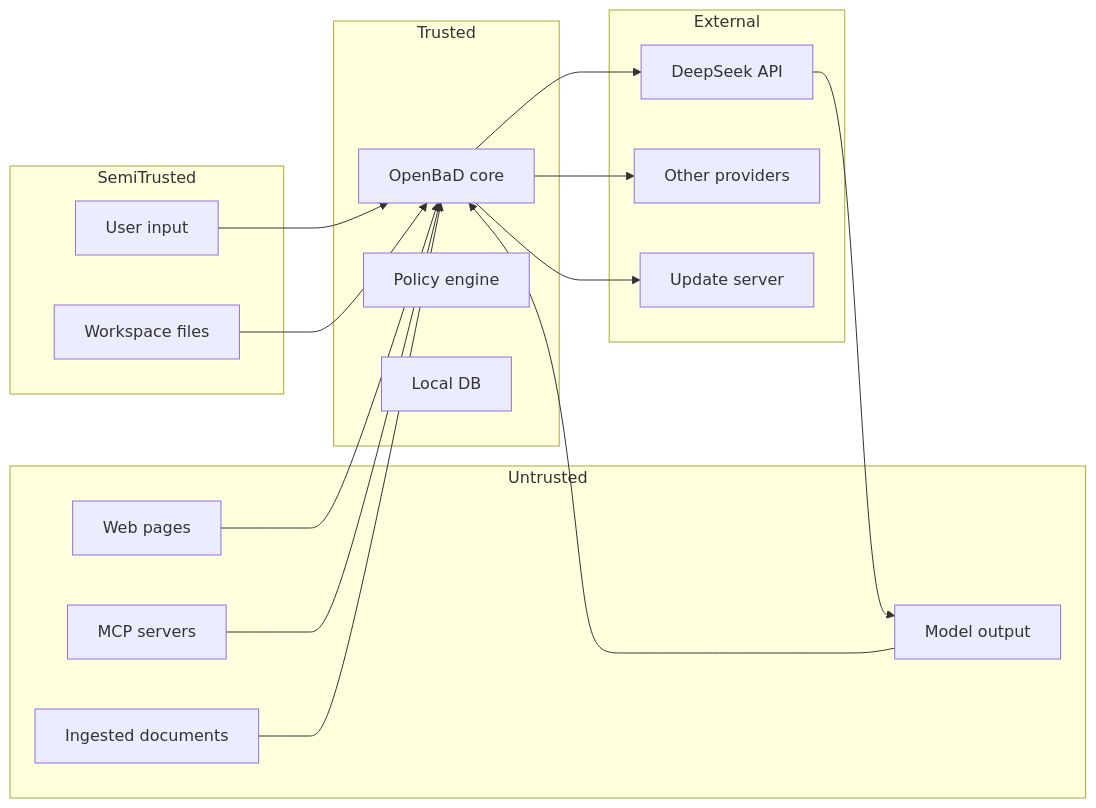
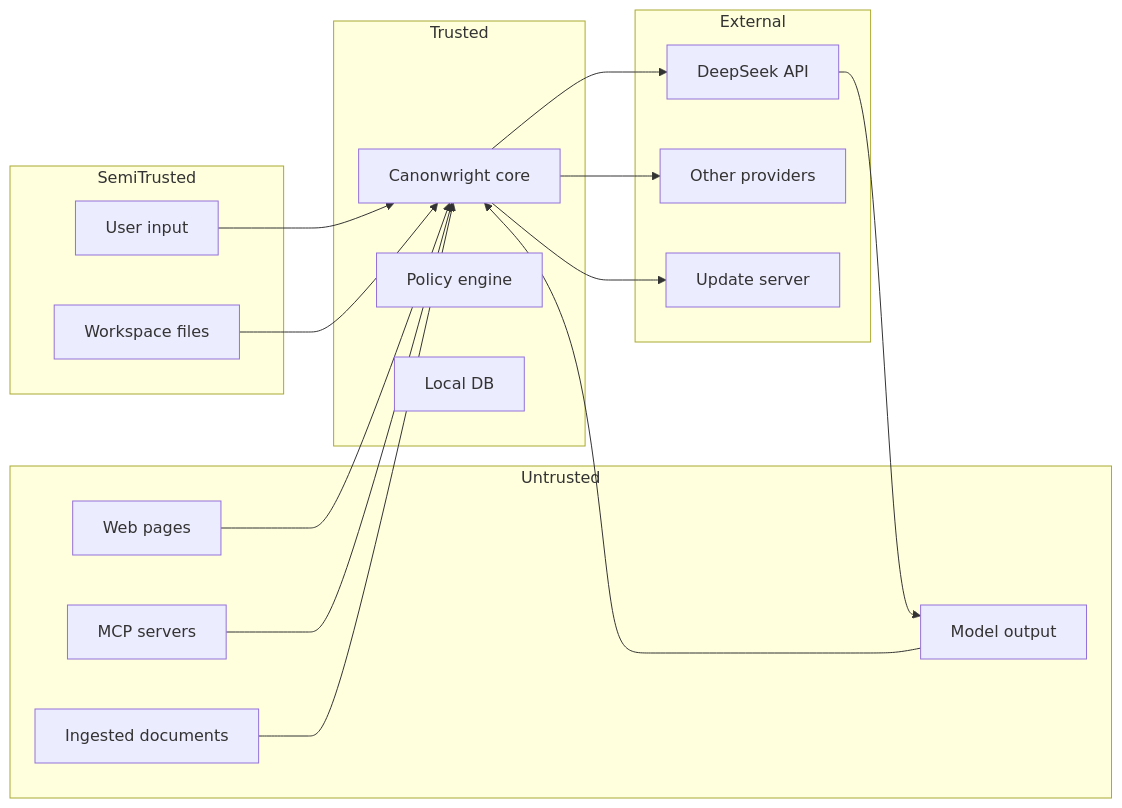
Before and after one commit to bruceamoser/canonwright: the diagram in docs/architecture/09-security-and-threat-model.md, drawn with Mermaid. The commit also changed other lines of this file and 279 other files, not shown here.

First line of the commit message:
feat: rebrand the harness as Canonwright and add the Story State Graph

````diff
--- a/docs/architecture/09-security-and-threat-model.md
+++ b/docs/architecture/09-security-and-threat-model.md
@@ -34,37 +34,37 @@
 ```mermaid
 flowchart LR
     subgraph Trusted
-        App[OpenBaD core]
+        App[Canonwright core]
         Policy[Policy engine]
         Store[Local DB]
     end
 
     subgraph SemiTrusted
         User[User input]
         Workspace[Workspace files]
     end
 
     subgraph Untrusted
         Web[Web pages]
         MCP[MCP servers]
         Docs[Ingested documents]
         Model[Model output]
     end
 
     subgraph External
         DeepSeek[DeepSeek API]
         Other[Other providers]
         Update[Update server]
     end
 
     User --> App
     Workspace --> App
     Web --> App
     MCP --> App
     Docs --> App
     App --> DeepSeek
     App --> Other
     App --> Update
     DeepSeek --> Model
     Model --> App
 ```
````
